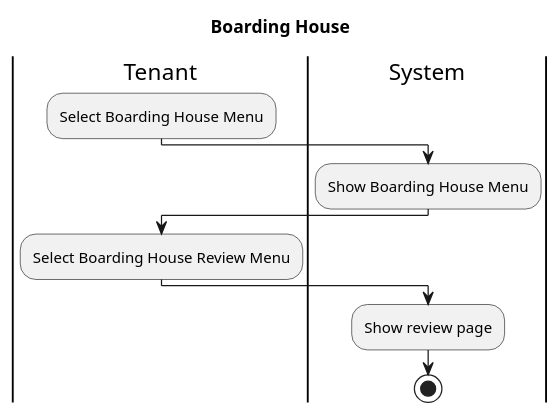
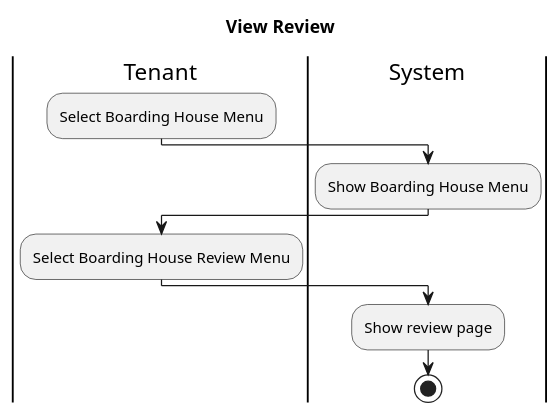
Before and after one commit to AntWort21/BHFMS: the diagram in Design/BHFMS_ACTIVITY/View Review.puml, drawn with PlantUML. The commit also changed 34 other files, not shown here.

Commit message:
added title in sequence and activity diagram based on use case description, separated a few diagram

```diff
--- a/Design/BHFMS_ACTIVITY/View Review.puml
+++ b/Design/BHFMS_ACTIVITY/View Review.puml
@@ -1,15 +1,15 @@
 @startuml
-title Boarding House
+title View Review
 |Tenant|
     :Select Boarding House Menu;
     
 |System|
     :Show Boarding House Menu;
 
 |Tenant|
     :Select Boarding House Review Menu;
 
 |System|
     :Show review page;
     stop
 @enduml
```
